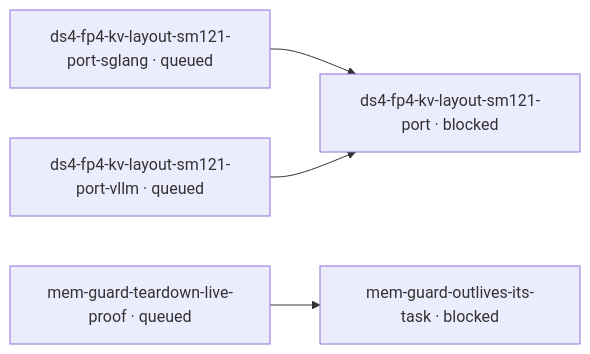
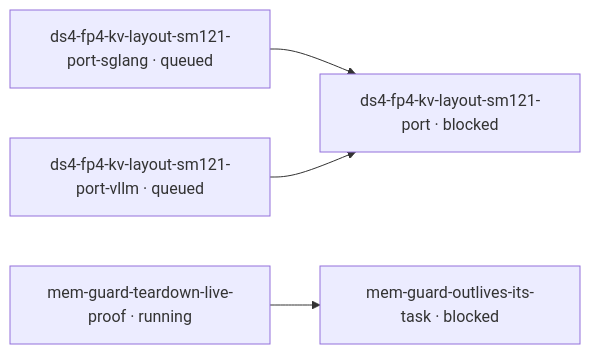
One commit to littlecedar/sparkrun-recipe-registry changed the diagram in mad-science/STATUS.md. Above: the diagram before and after it, drawn with Mermaid. The commit also changed other lines of this file, not shown here.

````diff
--- a/mad-science/STATUS.md
+++ b/mad-science/STATUS.md
@@ -22,13 +22,13 @@
 ```mermaid
 flowchart LR
-  %% 3 blocked, 3 edges, 1 prose-gated, 0 question-gated, 0 question, 6 rows not drawn (--all)
+  %% 7 blocked, 3 edges, 5 prose-gated, 0 question-gated, 0 question, 6 rows not drawn (--all)
   t1["ds4-fp4-kv-layout-sm121-port · blocked"]
   t2["ds4-fp4-kv-layout-sm121-port-sglang · queued"]
   t3["ds4-fp4-kv-layout-sm121-port-vllm · queued"]
   t4["mem-guard-outlives-its-task · blocked"]
-  t5["mem-guard-teardown-live-proof · queued"]
+  t5["mem-guard-teardown-live-proof · running"]
   t2 --> t1
   t3 --> t1
   t5 --> t4
   classDef no-recorded-edge stroke-dasharray: 4 3
 ```
````
